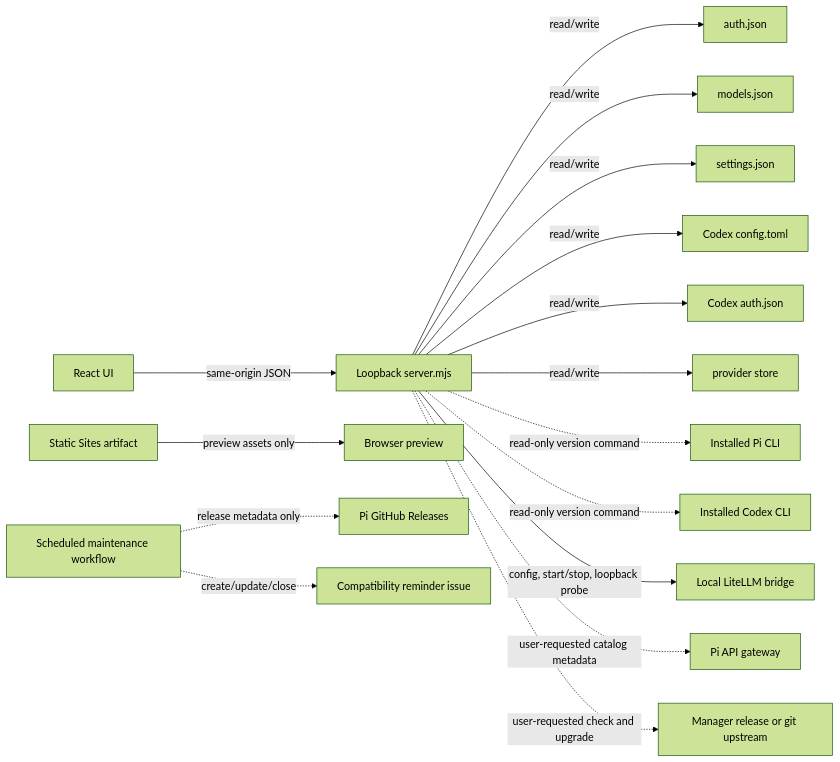
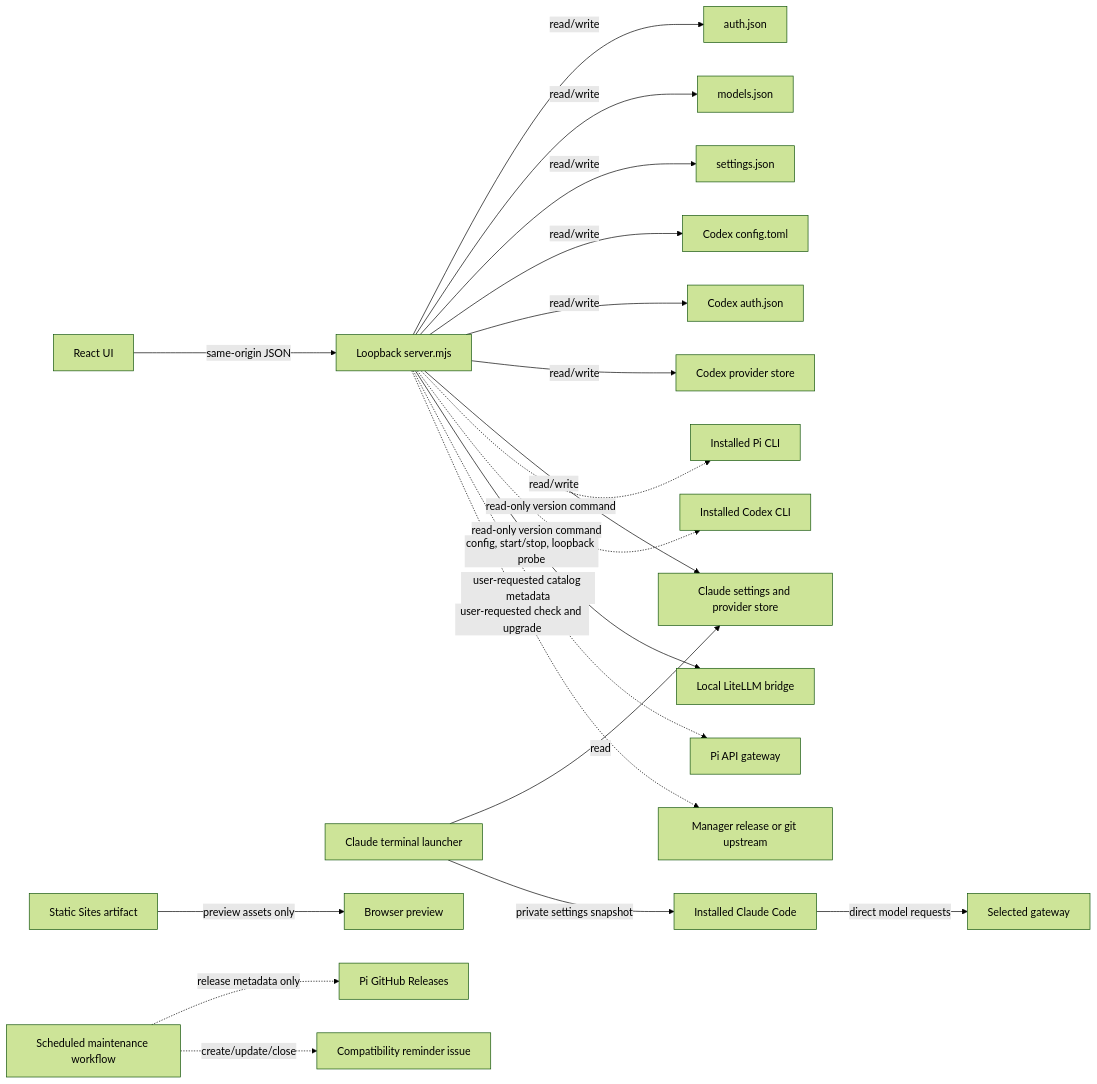
Before and after one commit to wowayou/pi-provider-manager: the diagram in docs/architecture.md, drawn with Mermaid (forest theme). The commit also changed other lines of this file and 36 other files, not shown here.

First line of the commit message:
Add Claude Code target with per-terminal providers (#138)

````diff
--- a/docs/architecture.md
+++ b/docs/architecture.md
@@ -30,19 +30,23 @@
 ```mermaid
 flowchart LR
   Browser[React UI] -->|same-origin JSON| Server[Loopback server.mjs]
   Server -->|read/write| Auth[auth.json]
   Server -->|read/write| Models[models.json]
   Server -->|read/write| Settings[settings.json]
   Server -->|read/write| CodexToml[Codex config.toml]
   Server -->|read/write| CodexAuth[Codex auth.json]
-  Server -->|read/write| CodexStore[provider store]
+  Server -->|read/write| CodexStore[Codex provider store]
+  Server -->|read/write| ClaudeSettings[Claude settings and provider store]
+  Launcher[Claude terminal launcher] -->|read| ClaudeSettings
+  Launcher -->|private settings snapshot| Claude[Installed Claude Code]
+  Claude -->|direct model requests| ClaudeGateway[Selected gateway]
   Server -.->|read-only version command| Pi[Installed Pi CLI]
   Server -.->|read-only version command| Codex[Installed Codex CLI]
   Server -->|config, start/stop, loopback probe| Bridge[Local LiteLLM bridge]
   Server -.->|user-requested catalog metadata| Gateway[Pi API gateway]
   Server -.->|user-requested check and upgrade| ManagerReleases[Manager release or git upstream]
   Sites[Static Sites artifact] -->|preview assets only| Preview[Browser preview]
 
   Monitor[Scheduled maintenance workflow] -.->|release metadata only| Releases[Pi GitHub Releases]
   Monitor -.->|create/update/close| Issue[Compatibility reminder issue]
 ```
````
